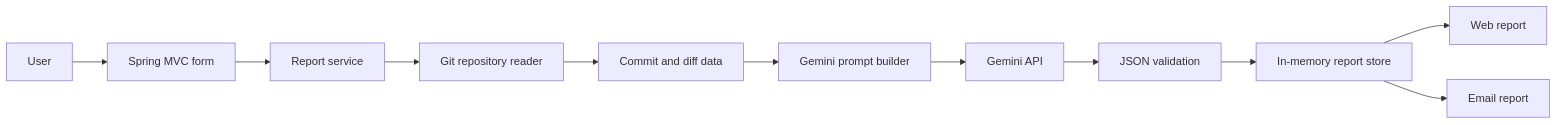
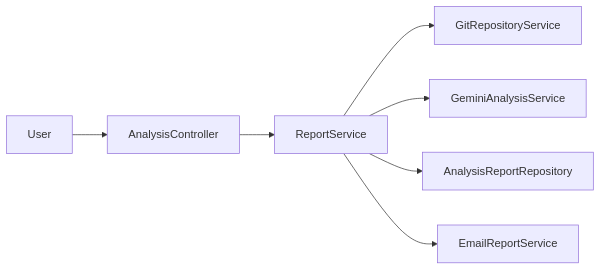
One commit to AndrejT03/git-contribution-analyzer changed the diagram in docs/Architecture.md. Above: the diagram before and after it, drawn with Mermaid. The commit also changed other lines of this file and 13 other files, not shown here.

````diff
--- a/docs/Architecture.md
+++ b/docs/Architecture.md
@@ -7,13 +7,9 @@
 ```mermaid
 flowchart LR
-    U["User"] --> W["Spring MVC form"]
-    W --> R["Report service"]
-    R --> G["Git repository reader"]
-    G --> D["Commit and diff data"]
-    D --> P["Gemini prompt builder"]
-    P --> A["Gemini API"]
-    A --> V["JSON validation"]
-    V --> S["In-memory report store"]
-    S --> H["Web report"]
-    S --> E["Email report"]
+    U["User"] --> C["AnalysisController"]
+    C --> R["ReportService"]
+    R --> G["GitRepositoryService"]
+    R --> A["GeminiAnalysisService"]
+    R --> M["AnalysisReportRepository"]
+    R --> E["EmailReportService"]
 ```
````
